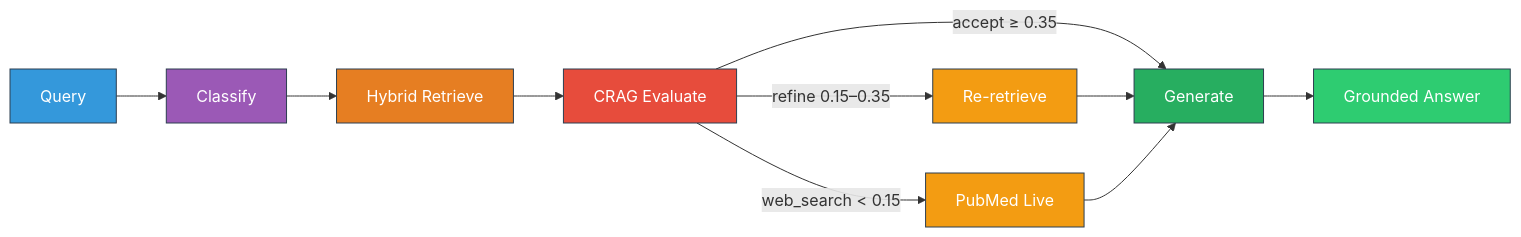
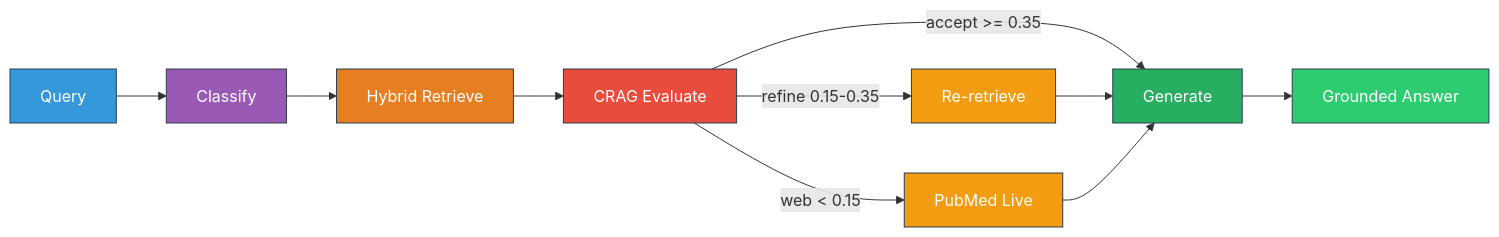
Before and after one commit to yughiyami/rag_medicinal_plants: the first of 8 diagrams in README.md, drawn with Mermaid. The commit also changed other lines of this file, not shown here.

Commit message:
fix: use ASCII-only chars in Mermaid diagrams for GitHub rendering

````diff
--- a/README.md
+++ b/README.md
@@ -11,21 +11,21 @@
 ```mermaid
 graph LR
-    Q["Query"] --> C["Classify"]
-    C --> R["Hybrid Retrieve"]
-    R --> E["CRAG Evaluate"]
-    E -->|"accept ≥ 0.35"| G["Generate"]
-    E -->|"refine 0.15–0.35"| RF["Re-retrieve"]
-    E -->|"web_search < 0.15"| WS["PubMed Live"]
+    Q[Query] --> C[Classify]
+    C --> R[Hybrid Retrieve]
+    R --> E[CRAG Evaluate]
+    E -- "accept >= 0.35" --> G[Generate]
+    E -- "refine 0.15-0.35" --> RF[Re-retrieve]
+    E -- "web < 0.15" --> WS[PubMed Live]
     RF --> G
     WS --> G
-    G --> A["Grounded Answer"]
+    G --> A[Grounded Answer]
 
     style Q fill:#3498db,stroke:#2c3e50,color:#fff
     style C fill:#9b59b6,stroke:#2c3e50,color:#fff
     style R fill:#e67e22,stroke:#2c3e50,color:#fff
     style E fill:#e74c3c,stroke:#2c3e50,color:#fff
     style G fill:#27ae60,stroke:#2c3e50,color:#fff
     style A fill:#2ecc71,stroke:#2c3e50,color:#fff
     style RF fill:#f39c12,stroke:#2c3e50,color:#fff
     style WS fill:#f39c12,stroke:#2c3e50,color:#fff
 ```
````
